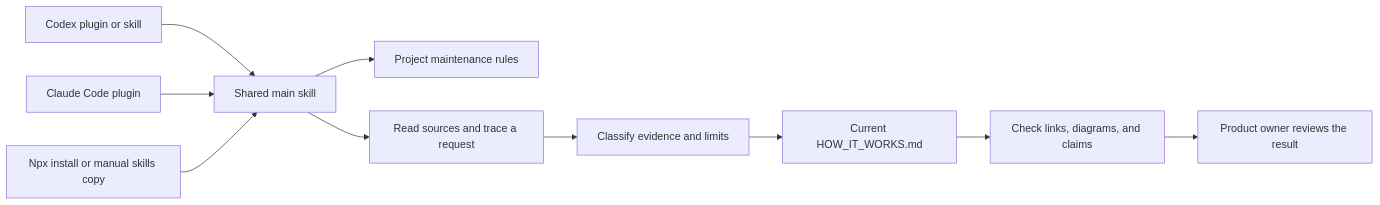
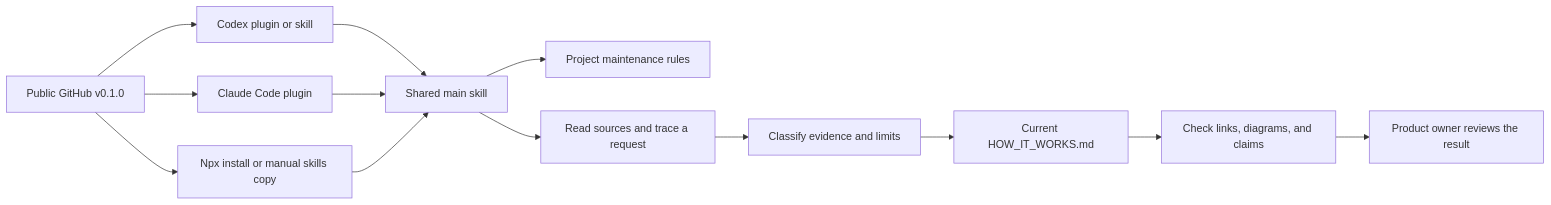
The first of 3 diagrams in HOW_IT_WORKS.md (joevilcai666/how-it-works-skill), drawn with Mermaid before and after one commit. The commit also changed other lines of this file and 5 other files, not shown here.

````diff
--- a/HOW_IT_WORKS.md
+++ b/HOW_IT_WORKS.md
@@ -27,12 +29,15 @@
 ```mermaid
 flowchart LR
+  G[Public GitHub v0.1.0] --> A
+  G --> B
+  G --> C
   A[Codex plugin or skill] --> S[Shared main skill]
   B[Claude Code plugin] --> S
   C[Npx install or manual skills copy] --> S
   S --> U[Project maintenance rules]
   S --> R[Read sources and trace a request]
   R --> E[Classify evidence and limits]
   E --> D[Current HOW_IT_WORKS.md]
   D --> V[Check links, diagrams, and claims]
   V --> P[Product owner reviews the result]
 ```
````
